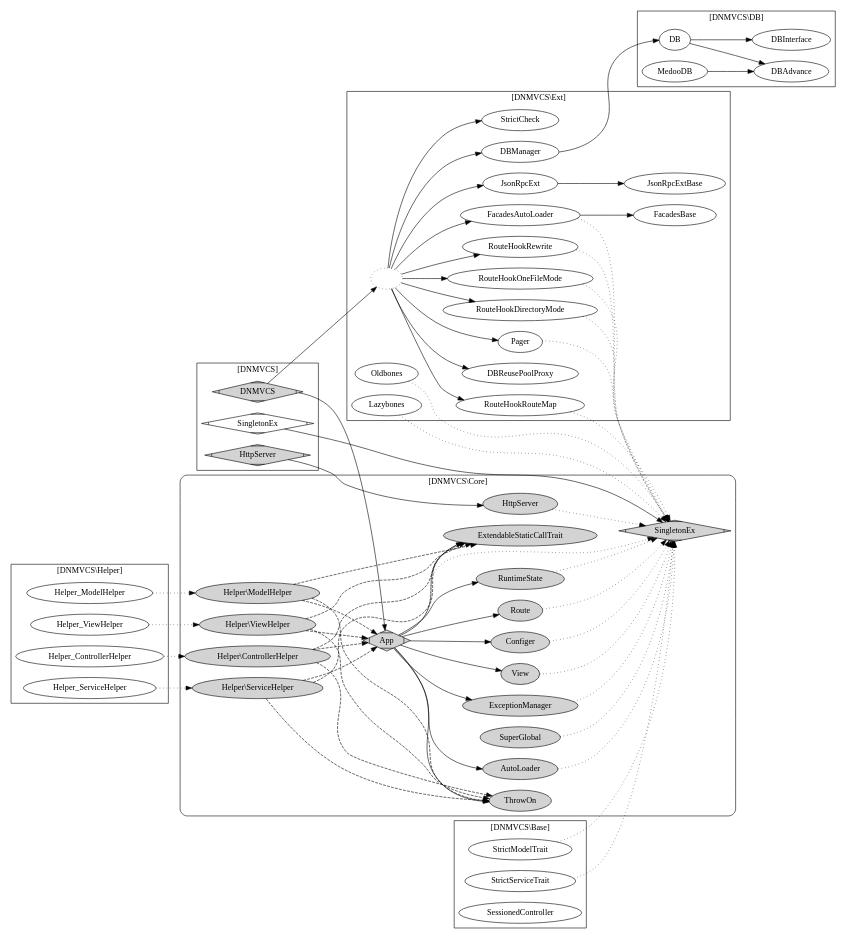
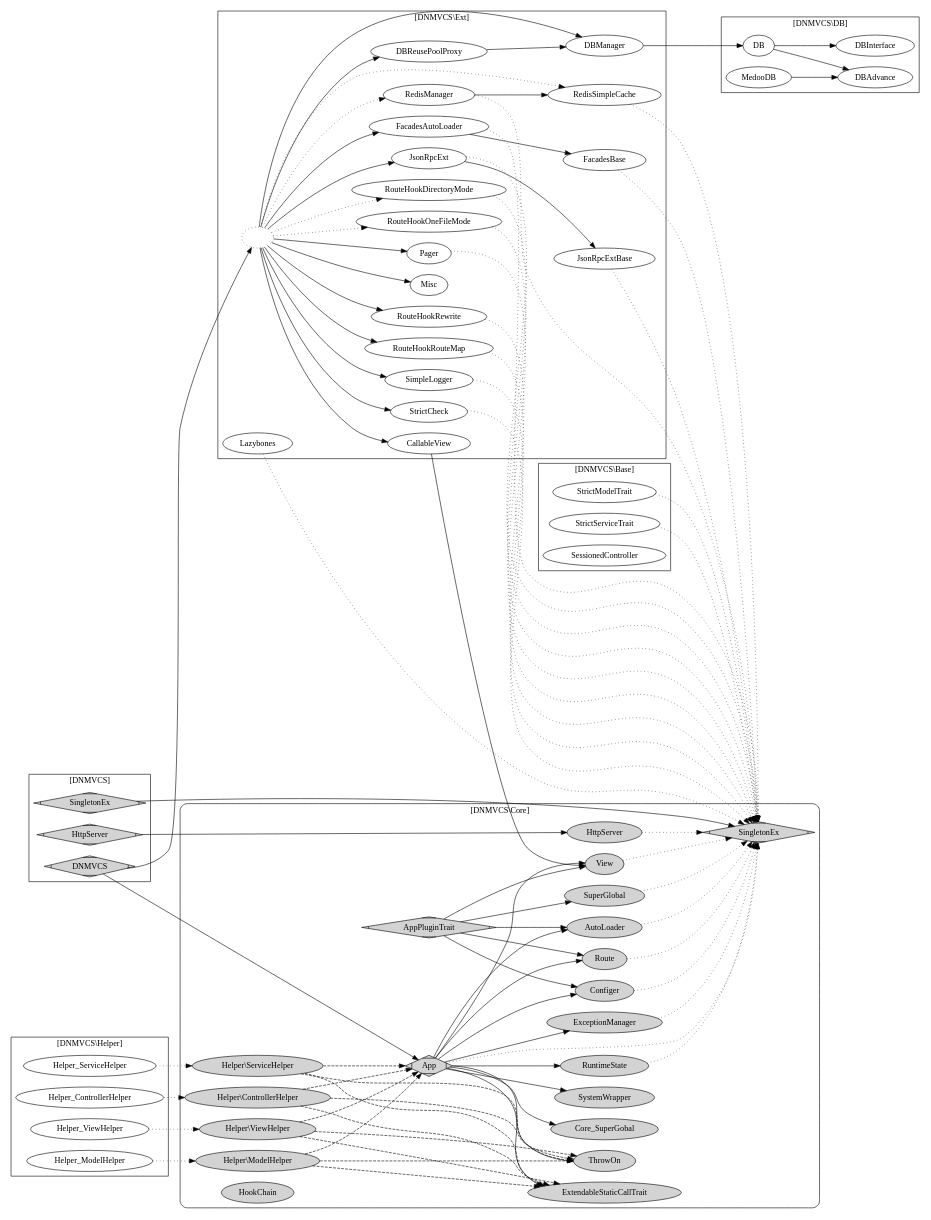
The diagram in doc/dnmvcs.gv (dvaknheo/duckphp), drawn with Graphviz before and after one commit. The commit also changed 11 other files, not shown here.

```diff
--- a/doc/dnmvcs.gv
+++ b/doc/dnmvcs.gv
@@ -1,167 +1,194 @@
 digraph G{
 /* This is a graphviz file */
 graph [rankdir = "LR"];
     
     SingletonEx [shape=Mdiamond];
     
 subgraph cluster_Core {
     style = "rounded";
     label = "[DNMVCS\\Core]";
     node [style=filled];
     
     Core_App -> Core_AutoLoader ;
     Core_App -> Core_ExceptionManager;
     Core_App -> Core_View;
     Core_App -> Core_Configer;
     Core_App -> Core_Route;
     Core_App -> Core_RuntimeState;
     
+    
     Core_App -> Core_SingletonEx [style="dotted"];
     Core_App -> Core_ThrowOn;
     Core_App -> Core_ExtendableStaticCallTrait;
+    Core_App -> Core_SuperGobal;
+    Core_App -> Core_SystemWrapper;
     
     Core_AutoLoader -> Core_SingletonEx [style="dotted"];
     Core_ExceptionManager -> Core_SingletonEx [style="dotted"];
     Core_View -> Core_SingletonEx [style="dotted"];
     Core_Configer -> Core_SingletonEx [style="dotted"];
     Core_Route -> Core_SingletonEx [style="dotted"];
     Core_RuntimeState -> Core_SingletonEx [style="dotted"];
     
     Core_HttpServer -> Core_SingletonEx [style="dotted"];
     Core_SuperGlobal -> Core_SingletonEx [style="dotted"];
+
+
+    Core_AppPluginTrait -> Core_AutoLoader;
+    Core_AppPluginTrait -> Core_Configer;
+    Core_AppPluginTrait -> Core_View;
+    Core_AppPluginTrait -> Core_Route;
+    Core_AppPluginTrait -> Core_SuperGlobal;
 
     Core_Helper_ModelHelper -> Core_ExtendableStaticCallTrait [style="dashed"];
     Core_Helper_ModelHelper -> Core_ThrowOn [style="dashed"];
     Core_Helper_ModelHelper -> Core_App [style="dashed"];
 
     Core_Helper_ServiceHelper -> Core_ExtendableStaticCallTrait [style="dashed"];
     Core_Helper_ServiceHelper -> Core_ThrowOn [style="dashed"];
     Core_Helper_ServiceHelper -> Core_App [style="dashed"];
 
 
 
     Core_Helper_ControllerHelper -> Core_ExtendableStaticCallTrait [style="dashed"];
     Core_Helper_ControllerHelper -> Core_ThrowOn [style="dashed"];
     Core_Helper_ControllerHelper -> Core_App [style="dashed"];
     
     Core_Helper_ViewHelper -> Core_ExtendableStaticCallTrait [style="dashed"];
     Core_Helper_ViewHelper -> Core_ThrowOn [style="dashed"];
     Core_Helper_ViewHelper -> Core_App [style="dashed"];
 
+    Core_AppPluginTrait [label="AppPluginTrait";shape=Mdiamond];
 
     Core_App [label="App";shape=Mdiamond];
     Core_SingletonEx [label="SingletonEx";shape=Mdiamond];
     Core_AutoLoader [label="AutoLoader"];
     Core_ExceptionManager [label="ExceptionManager"];
     Core_View [label="View"];
     Core_Configer [label="Configer"];
     Core_Route [label="Route"];
     Core_RuntimeState [label="RuntimeState"];
+    Core_SystemWrapper [label="SystemWrapper"];
     
     Core_HttpServer [label="HttpServer"];
     Core_SuperGlobal [label="SuperGlobal"];
 
     Core_ExtendableStaticCallTrait [label="ExtendableStaticCallTrait"];
     
     Core_ThrowOn [label="ThrowOn"];
+
+    Core_HookChain [label="HookChain"];
 
     Core_Helper_ModelHelper [label="Helper\\ModelHelper"];
     Core_Helper_ServiceHelper [label="Helper\\ServiceHelper"];
     Core_Helper_ControllerHelper [label="Helper\\ControllerHelper"];
     Core_Helper_ViewHelper [label="Helper\\ViewHelper"];
     
     
 }
 
 
 
 subgraph cluster_Base {
     label = "[DNMVCS\\Base]";
     StrictModelTrait -> Core_SingletonEx [style="dotted"]; 
     StrictServiceTrait -> Core_SingletonEx [style="dotted"]; 
     SessionedController;
 }
 subgraph cluster_Helper {
     label = "[DNMVCS\\Helper]";
     Helper_ControllerHelper -> Core_Helper_ControllerHelper [style="dotted"]; 
     Helper_ModelHelper -> Core_Helper_ModelHelper [style="dotted"]; 
     Helper_ServiceHelper -> Core_Helper_ServiceHelper [style="dotted"]; 
     Helper_ViewHelper -> Core_Helper_ViewHelper [style="dotted"]; 
 }
 
 
 
 
 subgraph cluster_DB {
     label = "[DNMVCS\\DB]";
 
     DB_DB -> DB_DBAdvance;
     DB_DB -> DB_DBInterface;
     DB_MedooDB -> DB_DBAdvance;
 
     DB_DB [label="DB"];
     DB_DBAdvance [label="DBAdvance"];
     DB_DBInterface [label="DBInterface"];
     DB_MedooDB [label="MedooDB"];
 
 
 }
 
 
 
 
 
 
 subgraph cluster_Ext {
 label = "[DNMVCS\\Ext]";
     Ext [label="";style="dotted"];
     
+    Ext -> CallableView -> Core_View;
     Ext -> DBManager -> DB_DB;
-    Ext -> DBReusePoolProxy; 
+    Ext -> DBReusePoolProxy ->DBManager; 
     Ext -> FacadesAutoLoader;
     Ext -> JsonRpcExt;
+    Ext -> Misc
     Ext -> Pager;
-    Ext -> RouteHookDirectoryMode;
-    Ext -> RouteHookOneFileMode;
     Ext -> RouteHookRewrite;
     Ext -> RouteHookRouteMap;
+    Ext -> SimpleLogger;
     Ext -> StrictCheck;
     
+    Ext -> RedisManager [style="dotted"];
+    Ext -> RedisSimpleCache [style="dotted"];
+    Ext -> RouteHookDirectoryMode [style="dotted"];
+    Ext -> RouteHookOneFileMode [style="dotted"];
     
     JsonRpcExt -> JsonRpcExtBase ;
+    JsonRpcExt -> Core_SingletonEx [style="dotted"];
+    JsonRpcExtBase -> Core_SingletonEx [style="dotted"];
 
     FacadesAutoLoader ->FacadesBase ;
     FacadesAutoLoader -> Core_SingletonEx [style="dotted"];
+    FacadesBase -> Core_SingletonEx [style="dotted"];
+    
+    Lazybones -> Core_SingletonEx [style="dotted"];
+    
+    Pager -> Core_SingletonEx [style="dotted"]; 
+    
+    RedisManager -> RedisSimpleCache;
+    RedisManager -> Core_SingletonEx [style="dotted"]; 
+    RedisSimpleCache -> Core_SingletonEx [style="dotted"]; 
+    
+    RouteHookDirectoryMode -> Core_SingletonEx [style="dotted"]; 
+    RouteHookOneFileMode -> Core_SingletonEx [style="dotted"];
     
     RouteHookRewrite -> Core_SingletonEx[style="dotted"]; 
     RouteHookRouteMap -> Core_SingletonEx [style="dotted"]; 
-    
-    Lazybones -> Core_SingletonEx [style="dotted"]; 
-    Oldbones -> Core_SingletonEx [style="dotted"]; 
-    
+
+    SimpleLogger -> Core_SingletonEx [style="dotted"]; 
+    StrictCheck -> Core_SingletonEx [style="dotted"]; 
     
 
-    
-    RouteHookDirectoryMode -> Core_SingletonEx [style="dotted"]; 
-    RouteHookOneFileMode -> Core_SingletonEx [style="dotted"];
-
-    Pager -> Core_SingletonEx [style="dotted"]; 
 
 }
 subgraph cluster_DNMVCS {
     label = "[DNMVCS]";
         node [style=filled];
 
     HttpServer -> Core_HttpServer;
     DNMVCS -> Core_App;
     SingletonEx -> Core_SingletonEx;
 
     DNMVCS -> Ext;
 
     DNMVCS [shape=Mdiamond];
     HttpServer [shape=Mdiamond];
     
-
+    SingletonEx [style=filled,shape=Mdiamond];
 }
 
 }
```
